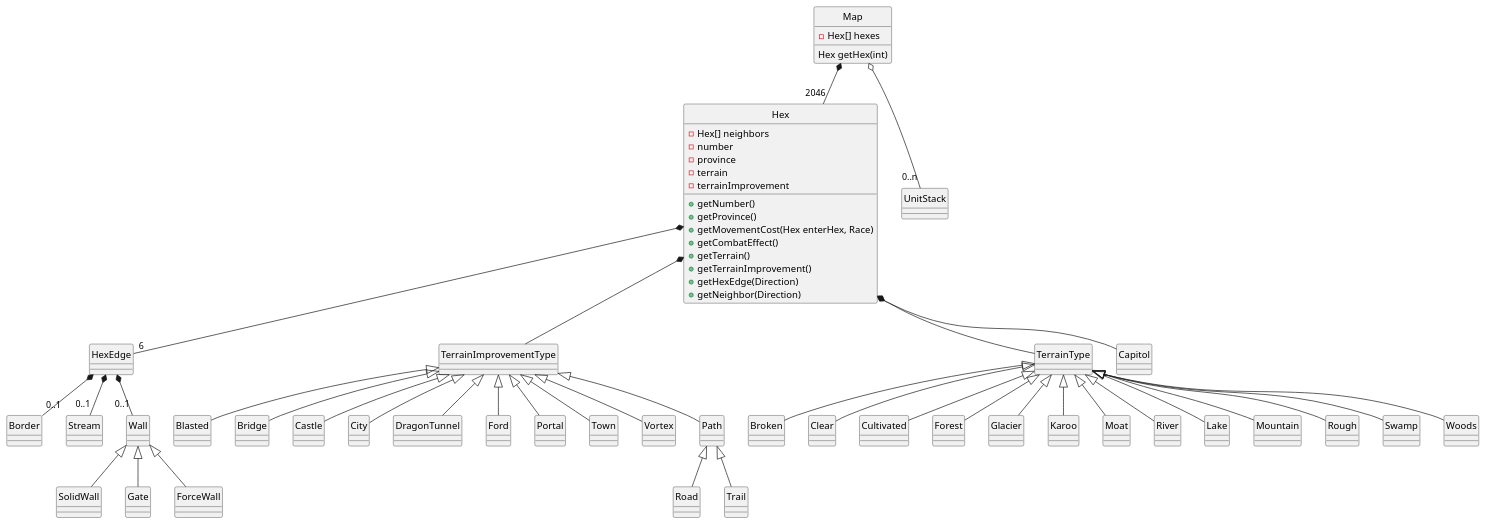
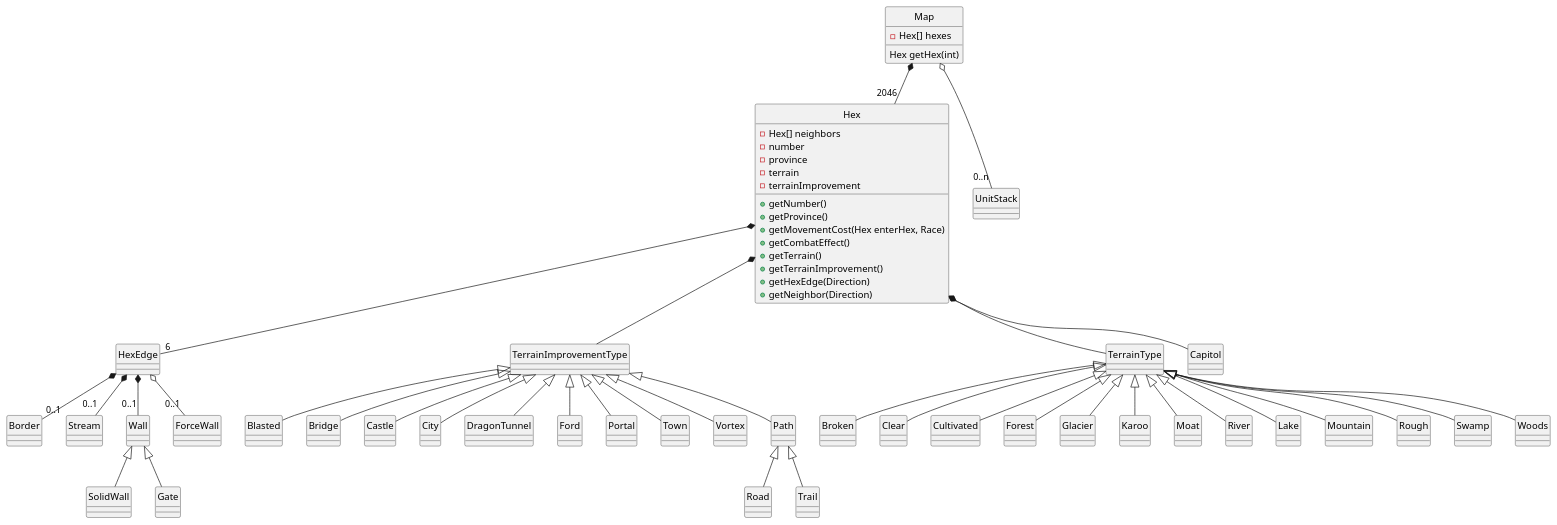
The diagram in mapmove.pu (CS383-Sword-and-Sorcery/HW3), drawn with PlantUML before and after one commit.

Commit message:
fix forcewall, not static aggregation, might need further tweaking

```diff
--- a/mapmove.pu
+++ b/mapmove.pu
@@ -1,65 +1,65 @@
 @startuml
 hide circle
 ' <|-- is "extention" and used for class inheritence
 ' *-- is composition (static aggregation), for when b is permanently "part of" a
 ' o-- is aggregation (dynamic aggregation)
 
 class Map {
     -Hex[] hexes
 	Hex getHex(int)
 }
 
 class Hex {
 	-Hex[] neighbors
     -number
     -province
     -terrain
     -terrainImprovement
     +getNumber()
     +getProvince()
     +getMovementCost(Hex enterHex, Race)
     +getCombatEffect()
     +getTerrain()
     +getTerrainImprovement()
 	+getHexEdge(Direction)
     +getNeighbor(Direction)
 }
 
 Map o-- "0..n" UnitStack
 Map *-- "2046" Hex
 Hex *-- "6" HexEdge
 Hex *-- TerrainImprovementType
 Hex *-- TerrainType
 Hex *-- Capitol
 HexEdge *-- "0..1" Border
 HexEdge *-- "0..1" Stream
 HexEdge *-- "0..1" Wall
                    Wall <|-- SolidWall
                    Wall <|-- Gate
-                   Wall <|-- ForceWall
+HexEdge o-- "0..1" ForceWall
 TerrainType <|-- Broken
 TerrainType <|-- Clear
 TerrainType <|-- Cultivated
 TerrainType <|-- Forest
 TerrainType <|-- Glacier
 TerrainType <|-- Karoo
 TerrainType <|-- Moat
 TerrainType <|-- River
 TerrainType <|-- Lake
 TerrainType <|-- Mountain
 TerrainType <|-- Rough
 TerrainType <|-- Swamp
 TerrainType <|-- Woods
 TerrainImprovementType <|-- Blasted
 TerrainImprovementType <|-- Bridge
 TerrainImprovementType <|-- Castle
 TerrainImprovementType <|-- City
 TerrainImprovementType <|-- DragonTunnel
 TerrainImprovementType <|-- Ford
 TerrainImprovementType <|-- Portal
 TerrainImprovementType <|-- Town
 TerrainImprovementType <|-- Vortex
 TerrainImprovementType <|-- Path
                             Path <|-- Road
                             Path <|-- Trail
 @enduml
```
